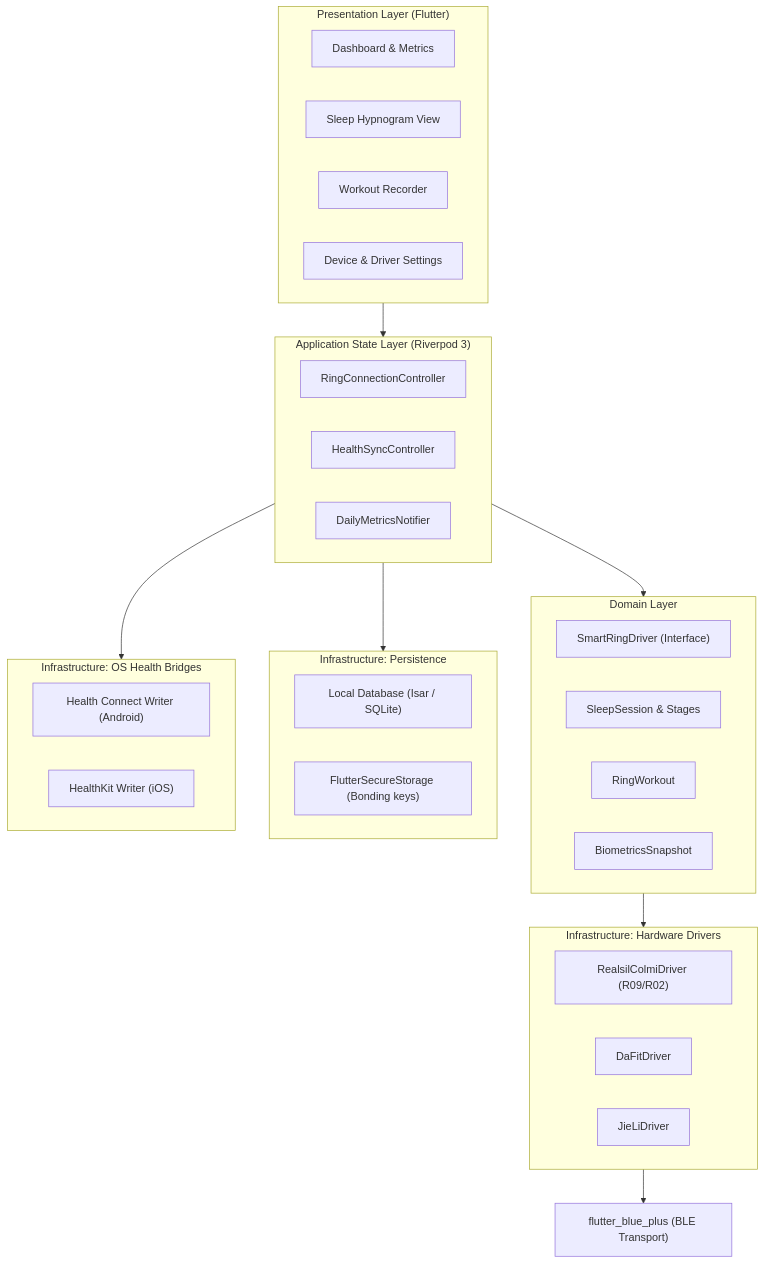
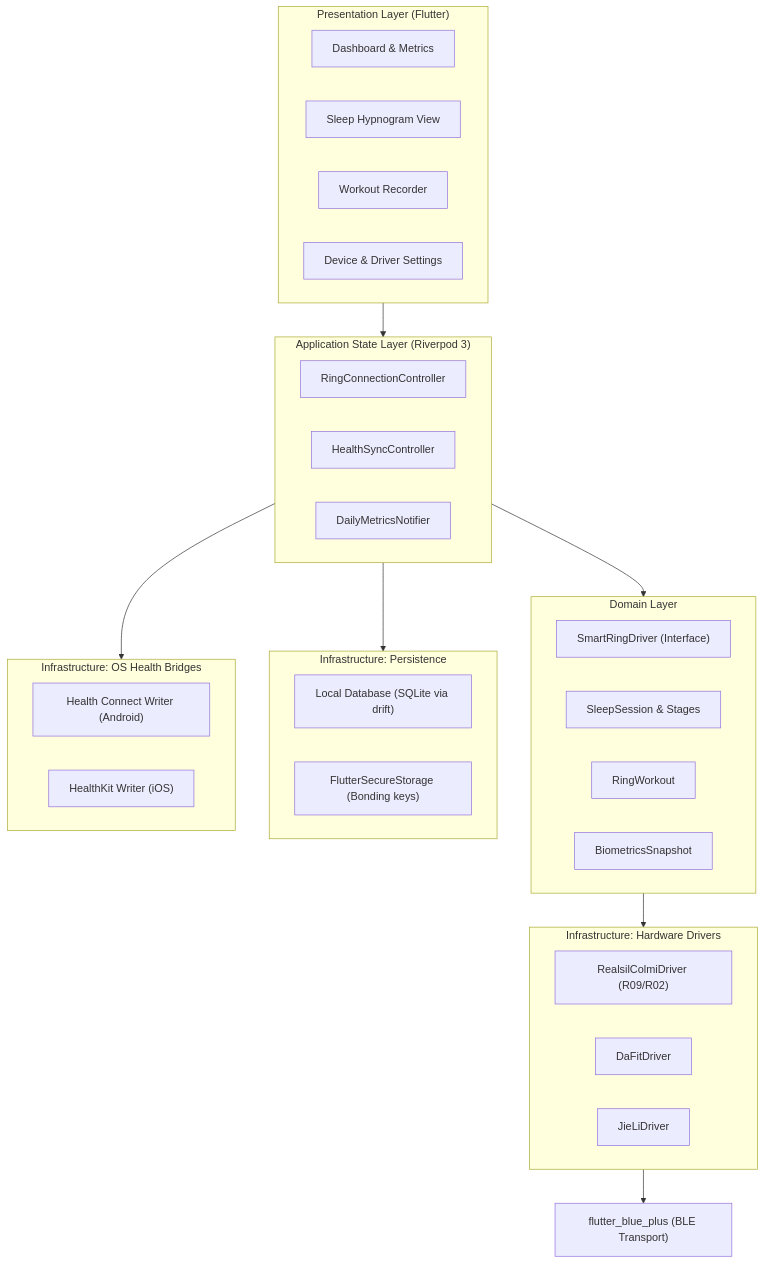
Before and after one commit to gabrielbsandim/open-ring: the first of 2 diagrams in docs/architecture.md, drawn with Mermaid. The commit also changed other lines of this file and 10 other files, not shown here.

Commit message:
docs: write the plan, release flow and privacy policy

````diff
--- a/docs/architecture.md
+++ b/docs/architecture.md
@@ -12,45 +12,45 @@
 ```mermaid
 flowchart TD
     subgraph UI ["Presentation Layer (Flutter)"]
         Dashboard["Dashboard & Metrics"]
         SleepView["Sleep Hypnogram View"]
         WorkoutView["Workout Recorder"]
         SettingsView["Device & Driver Settings"]
     end
 
     subgraph AppState ["Application State Layer (Riverpod 3)"]
         RingController["RingConnectionController"]
         HealthSyncController["HealthSyncController"]
         MetricsNotifier["DailyMetricsNotifier"]
     end
 
     subgraph Domain ["Domain Layer"]
         RingDriver["SmartRingDriver (Interface)"]
         SleepModel["SleepSession & Stages"]
         WorkoutModel["RingWorkout"]
         BiometricsModel["BiometricsSnapshot"]
     end
 
     subgraph Drivers ["Infrastructure: Hardware Drivers"]
         RealsilDriver["RealsilColmiDriver (R09/R02)"]
         DaFitDriver["DaFitDriver"]
         JieLiDriver["JieLiDriver"]
     end
 
     subgraph Storage ["Infrastructure: Persistence"]
-        LocalDb["Local Database (Isar / SQLite)"]
+        LocalDb["Local Database (SQLite via drift)"]
         SecureStore["FlutterSecureStorage (Bonding keys)"]
     end
 
     subgraph Bridges ["Infrastructure: OS Health Bridges"]
         HealthConnectBridge["Health Connect Writer (Android)"]
         HealthKitBridge["HealthKit Writer (iOS)"]
     end
 
     UI --> AppState
     AppState --> Domain
     AppState --> Storage
     AppState --> Bridges
     Domain --> Drivers
     Drivers --> BleStack["flutter_blue_plus (BLE Transport)"]
 ```
````
